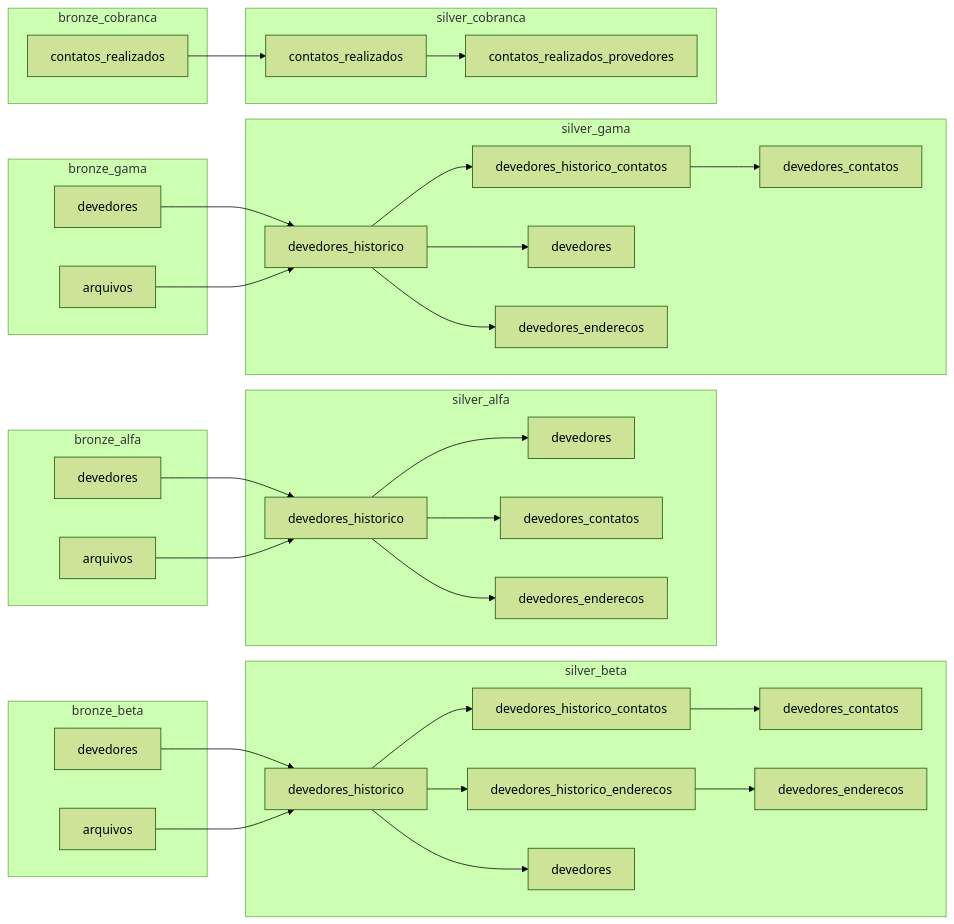
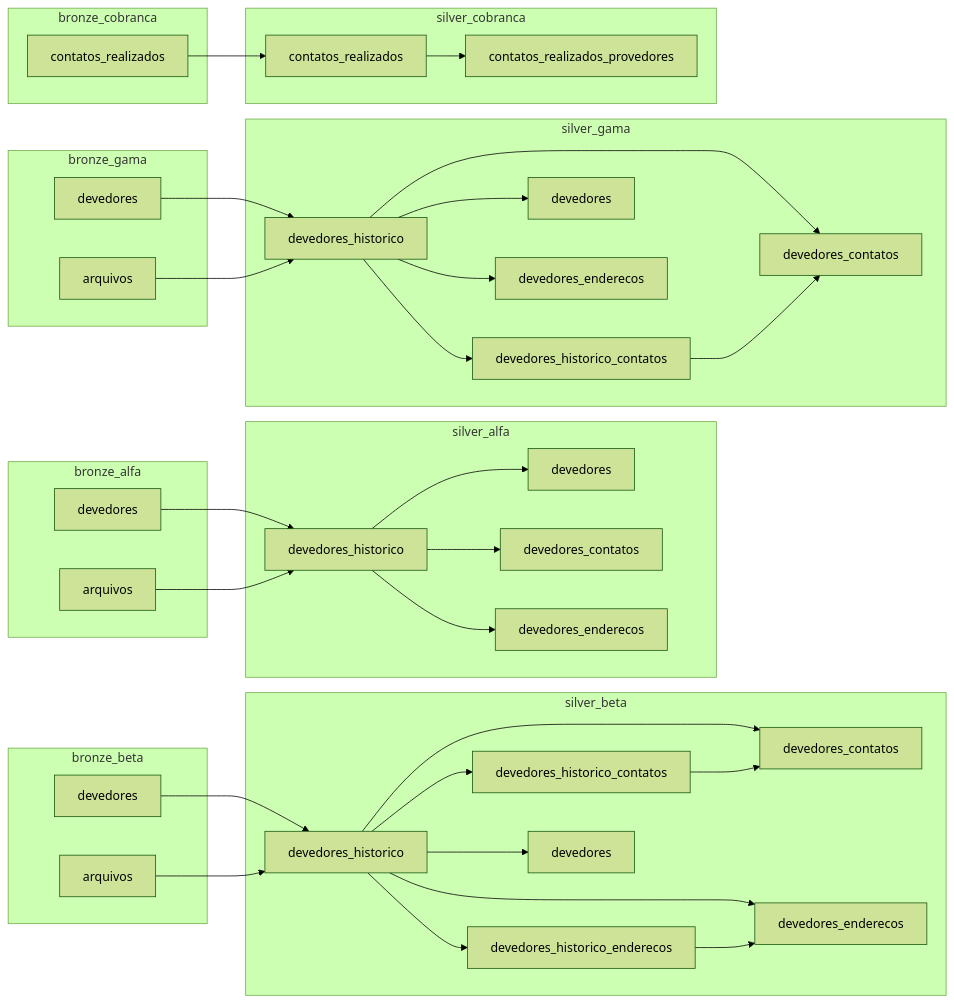
Before and after one commit to Sebastian6-6/collections-contact-risk: the third of 5 diagrams in docs/erd.md, drawn with Mermaid (forest theme). The commit also changed other lines of this file and 1 other file, not shown here.

First line of the commit message:
docs: diagramas conferidos contra o banco e o manifest do dbt

````diff
--- a/docs/erd.md
+++ b/docs/erd.md
@@ -111,66 +111,69 @@
 ```mermaid
 flowchart LR
   subgraph bronze_alfa
     b_alfa_dev[devedores]
     b_alfa_arq[arquivos]
   end
   subgraph silver_alfa
     s_alfa_hist[devedores_historico]
     s_alfa_dev[devedores]
     s_alfa_con[devedores_contatos]
     s_alfa_end[devedores_enderecos]
   end
   b_alfa_dev --> s_alfa_hist
   b_alfa_arq --> s_alfa_hist
   s_alfa_hist --> s_alfa_dev
   s_alfa_hist --> s_alfa_con
   s_alfa_hist --> s_alfa_end
 
   subgraph bronze_beta
     b_beta_dev[devedores]
     b_beta_arq[arquivos]
   end
   subgraph silver_beta
     s_beta_hist[devedores_historico]
     s_beta_hc[devedores_historico_contatos]
     s_beta_he[devedores_historico_enderecos]
     s_beta_dev[devedores]
     s_beta_con[devedores_contatos]
     s_beta_end[devedores_enderecos]
   end
   b_beta_dev --> s_beta_hist
   b_beta_arq --> s_beta_hist
   s_beta_hist --> s_beta_hc
   s_beta_hist --> s_beta_he
   s_beta_hist --> s_beta_dev
+  s_beta_hist --> s_beta_con
+  s_beta_hist --> s_beta_end
   s_beta_hc --> s_beta_con
   s_beta_he --> s_beta_end
 
   subgraph bronze_gama
     b_gama_dev[devedores]
     b_gama_arq[arquivos]
   end
   subgraph silver_gama
     s_gama_hist[devedores_historico]
     s_gama_hc[devedores_historico_contatos]
     s_gama_dev[devedores]
     s_gama_con[devedores_contatos]
     s_gama_end[devedores_enderecos]
   end
   b_gama_dev --> s_gama_hist
   b_gama_arq --> s_gama_hist
   s_gama_hist --> s_gama_hc
   s_gama_hist --> s_gama_dev
+  s_gama_hist --> s_gama_con
   s_gama_hc --> s_gama_con
   s_gama_hist --> s_gama_end
 
   subgraph bronze_cobranca
     b_cob[contatos_realizados]
   end
   subgraph silver_cobranca
     s_cob[contatos_realizados]
     s_cob_prov[contatos_realizados_provedores]
   end
   b_cob --> s_cob
   s_cob --> s_cob_prov
 ```
````
